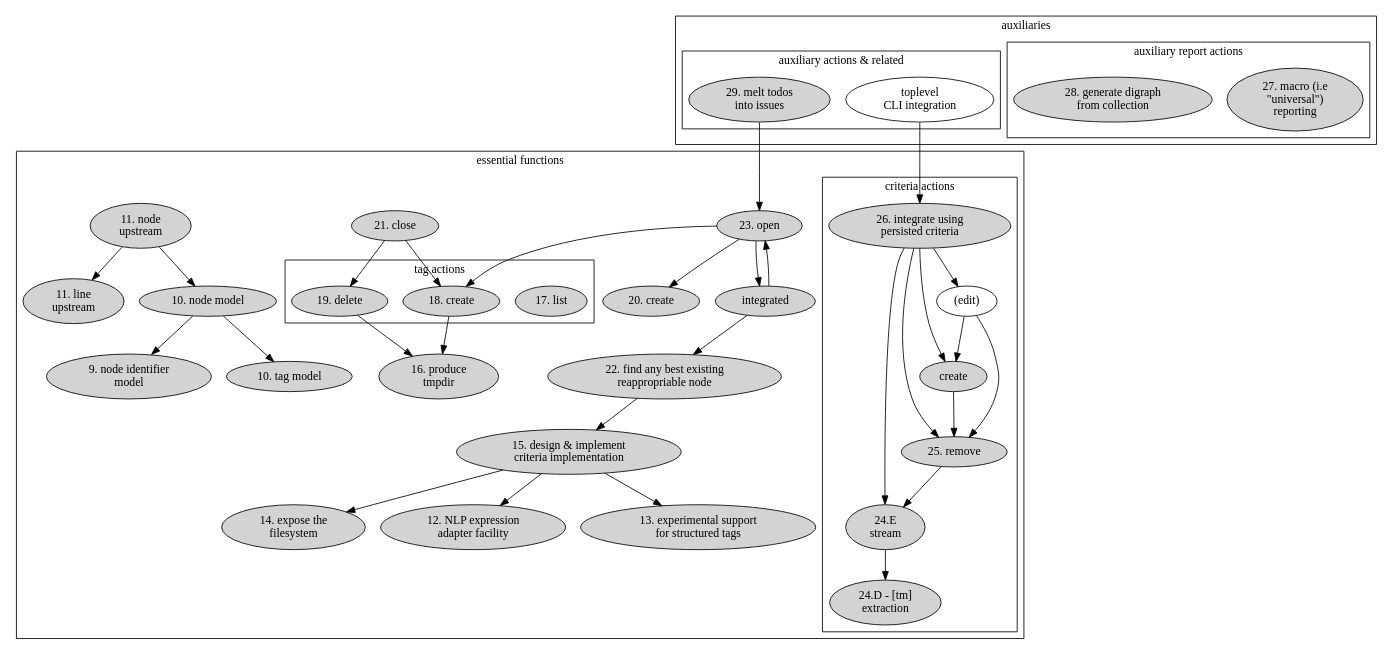
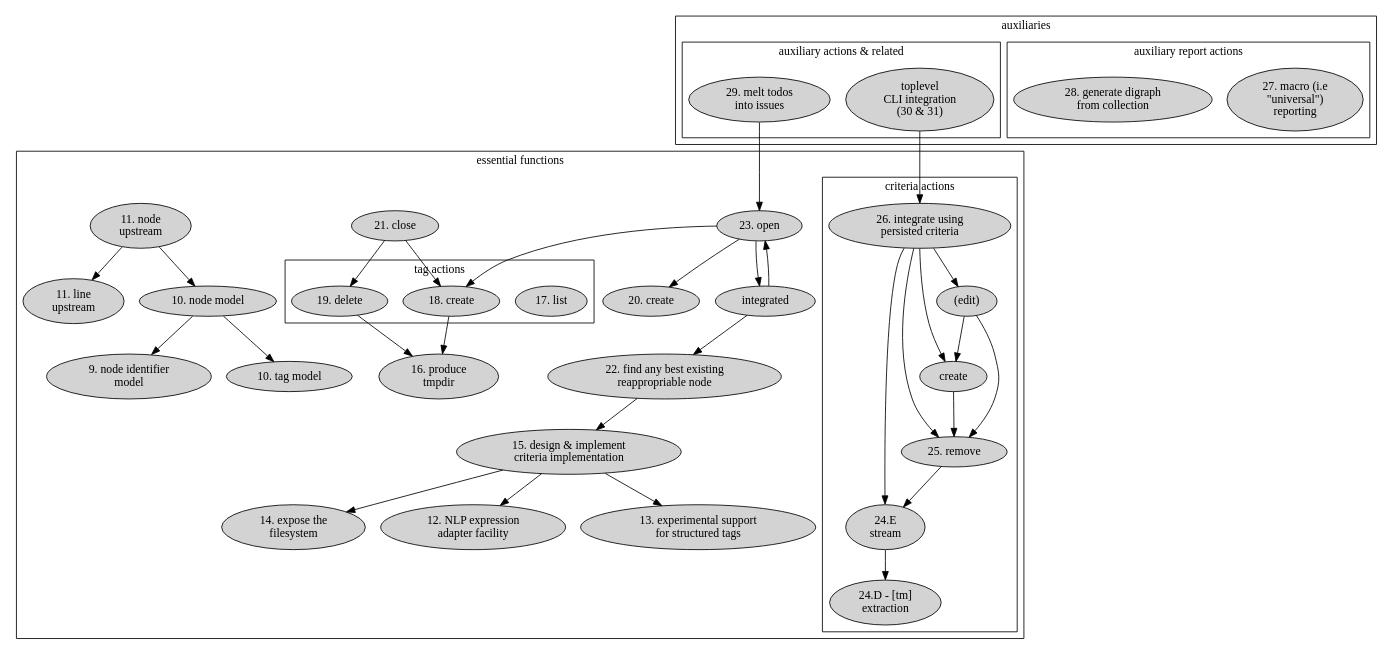
The diagram in lib/skylab/snag/doc/issues/038/component-digraph.dot (hipe/tmx), drawn with Graphviz before and after one commit. The commit also changed 33 other files, not shown here.

```diff
--- a/lib/skylab/snag/doc/issues/038/component-digraph.dot
+++ b/lib/skylab/snag/doc/issues/038/component-digraph.dot
@@ -1,104 +1,104 @@
 digraph {
 
 subgraph cluster_main {
 
   label="essential functions"
 
   subgraph cluster_tag_actions {
     label="tag actions"
     tl [label="17. list" style=filled]
     ta [label="18. create" style=filled]
     tr [label="19. delete" style=filled]
   }
 
   mr [label="26. integrate using\npersisted criteria" style=filled]
 
   subgraph cluster_criteria_actions {
 
     label="criteria actions"
 
     mr_abs [label="24.D - [tm]\nextraction" style=filled]
 
     mr_s [label="24.E\nstream" style=filled]
     mr_s->mr_abs
     mr->mr_s
 
     mr_r [label="25. remove" style=filled]
     mr->mr_r
     mr_r->mr_s
 
     mr_c [label="create" style=filled]
     mr->mr_c
     mr_c->mr_r
 
-    mr_e [label="(edit)"]
+    mr_e [label="(edit)" style=filled]
     mr->mr_e
     mr_e->mr_r
     mr_e->mr_c
   }
 
   aa [label="23. open" style=filled]
   ca [label="21. close" style=filled]
   de [label="15. design & implement\ncriteria implementation" style=filled]
   FS [label="14. expose the\nfilesystem" style=filled]
   line_upstream [label="11. line\nupstream" style=filled]
   NLP_experiment [label="12. NLP expression\nadapter facility" style=filled]
   node_identifier_model [label="9. node identifier\nmodel" style=filled]
   node_model [label="10. node model" style=filled]
   node_upstream [label="11. node\nupstream" style=filled]
   oaa [label="20. create" style=filled]
   rea [label="integrated" style=filled]
   rea_actor [label="22. find any best existing\nreappropriable node", style=filled]
   stru [label="13. experimental support\nfor structured tags" style=filled]
   tag_model [label="10. tag model" style=filled]
   tmpdir [label="16. produce\ntmpdir" style=filled]
 
   aa->rea
   aa->ta
 
   ca->tr
   ca->ta
 
   rea->aa
   aa->oaa
   rea->rea_actor
 
   rea_actor->de
   de->NLP_experiment
   de->FS
   de->stru
 
   node_upstream -> line_upstream
   node_upstream -> node_model
 
   node_model -> node_identifier_model
   node_model -> tag_model
 
   tr->tmpdir
   ta->tmpdir
 
 }
 subgraph cluster_after {
 
   label="auxiliaries"
 
   subgraph cluster_reports {
 
     label="auxiliary report actions"
     macro_rep [label="27. macro (i.e\n\"universal\")\nreporting" style=filled]
     digrah_ [label="28. generate digraph\nfrom collection" style=filled]
 
   }
 
   subgraph cluster_functions {
 
     label="auxiliary actions & related"
     melt [label="29. melt todos\ninto issues" style=filled]
-    top_cli [label="toplevel\nCLI integration"]
+    top_cli [label="toplevel\nCLI integration\n(30 & 31)" style=filled]
     top_cli->mr
 
   }
 }
 
 melt->aa
 }
```
